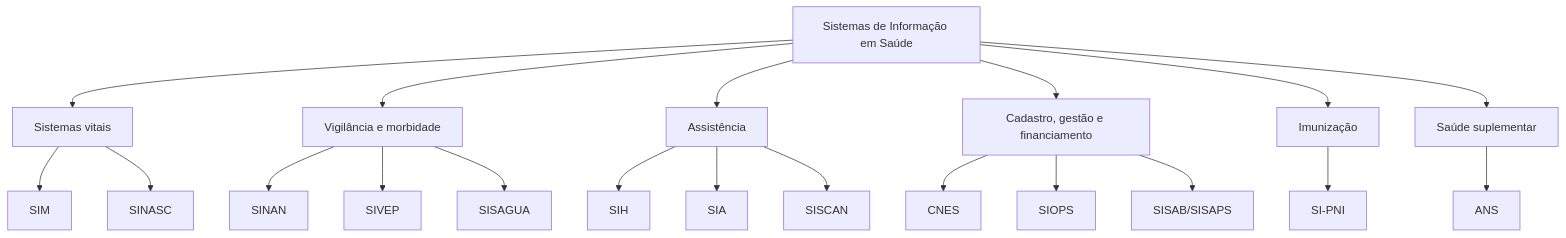
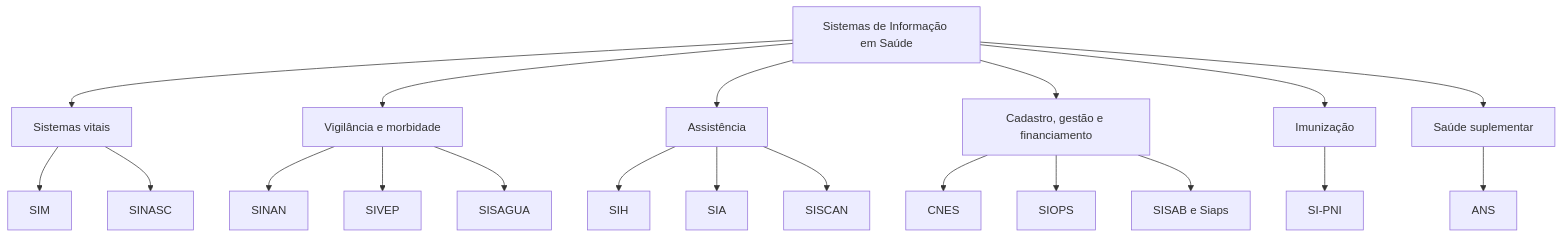
Before and after one commit to rfsaldanha/sis: the diagram in organizacao.qmd, drawn with Mermaid. The commit also changed other lines of this file and 112 other files, not shown here.

````diff
--- a/organizacao.qmd
+++ b/organizacao.qmd
@@ -61,24 +61,24 @@
 ```{mermaid}
 flowchart TD
   SIS[Sistemas de Informação em Saúde]
   SIS --> Vitais[Sistemas vitais]
   SIS --> Vig[Vigilância e morbidade]
   SIS --> Assist[Assistência]
   SIS --> Gestao[Cadastro, gestão e financiamento]
   SIS --> Imun[Imunização]
   SIS --> Supl[Saúde suplementar]
 
   Vitais --> SIM[SIM]
   Vitais --> SINASC[SINASC]
   Vig --> SINAN[SINAN]
   Vig --> SIVEP[SIVEP]
   Vig --> SISAGUA[SISAGUA]
   Assist --> SIH[SIH]
   Assist --> SIA[SIA]
   Assist --> SISCAN[SISCAN]
   Gestao --> CNES[CNES]
   Gestao --> SIOPS[SIOPS]
-  Gestao --> SISAPS[SISAB/SISAPS]
+  Gestao --> Siaps[SISAB e Siaps]
   Imun --> SIPNI[SI-PNI]
   Supl --> ANS[ANS]
 ```
````
